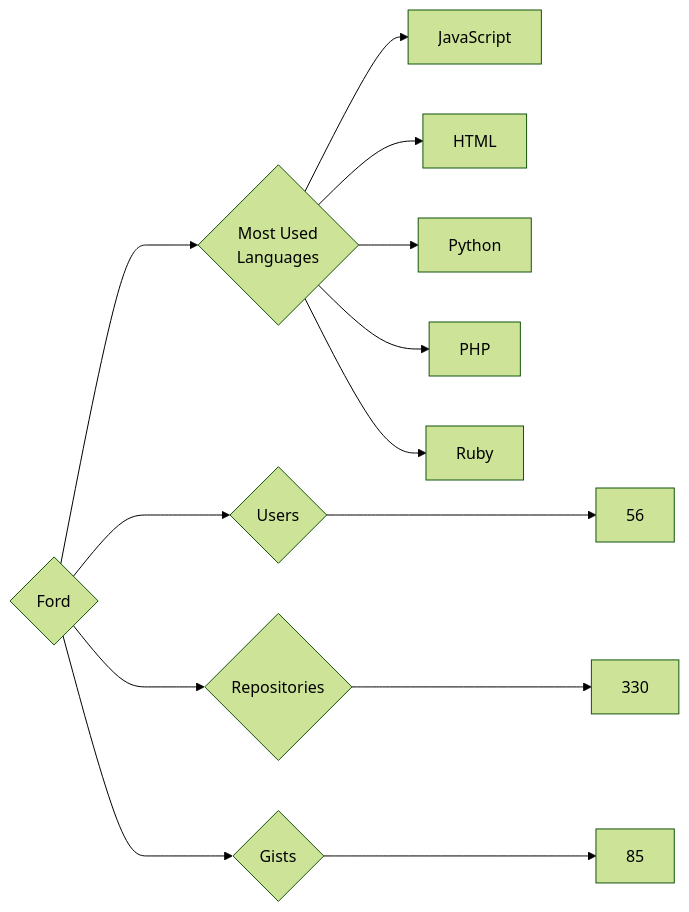
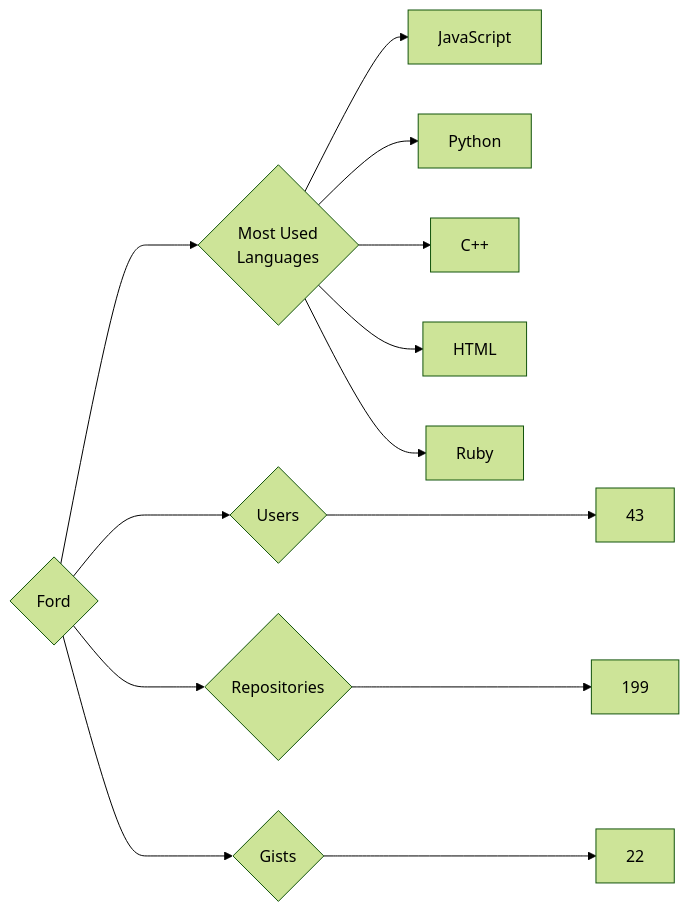
The diagram in targets/Ford/README.md (trickest/insiders), drawn with Mermaid (forest theme) before and after one commit. The commit also changed 639 other files, not shown here.

````diff
--- a/targets/Ford/README.md
+++ b/targets/Ford/README.md
@@ -3,13 +3,13 @@
 ```mermaid
 graph LR
 COMPANY_NAME{Ford}
-COMPANY_NAME ---> U{Users} ---> UN[56]
-COMPANY_NAME ---> R{Repositories} ---> RN[330]
-COMPANY_NAME ---> G{Gists} ---> GN[85]
+COMPANY_NAME ---> U{Users} ---> UN[43]
+COMPANY_NAME ---> R{Repositories} ---> RN[199]
+COMPANY_NAME ---> G{Gists} ---> GN[22]
 COMPANY_NAME ---> ML{Most Used<br>Languages}
 ML --> JavaScript[JavaScript]
+ML --> Python[Python]
+ML --> C++[C++]
 ML --> HTML[HTML]
-ML --> Python[Python]
-ML --> PHP[PHP]
 ML --> Ruby[Ruby]
 ```
````
